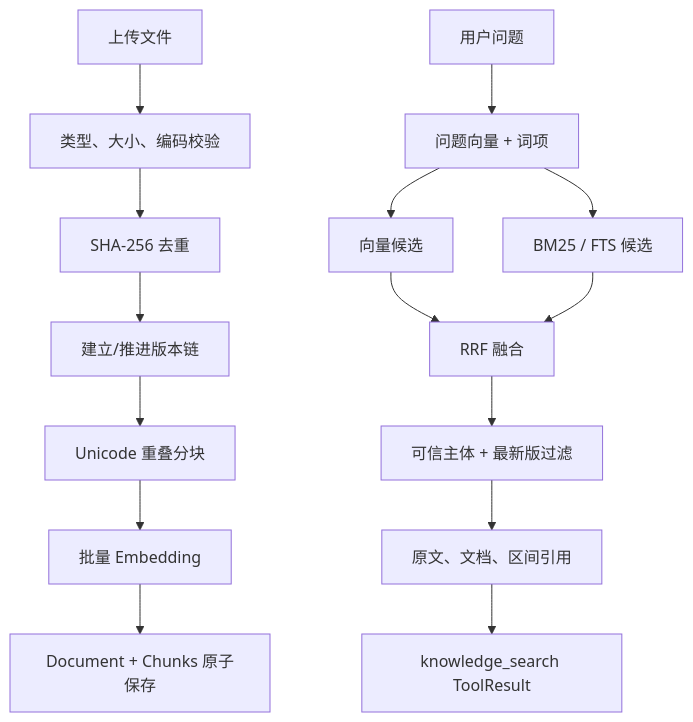
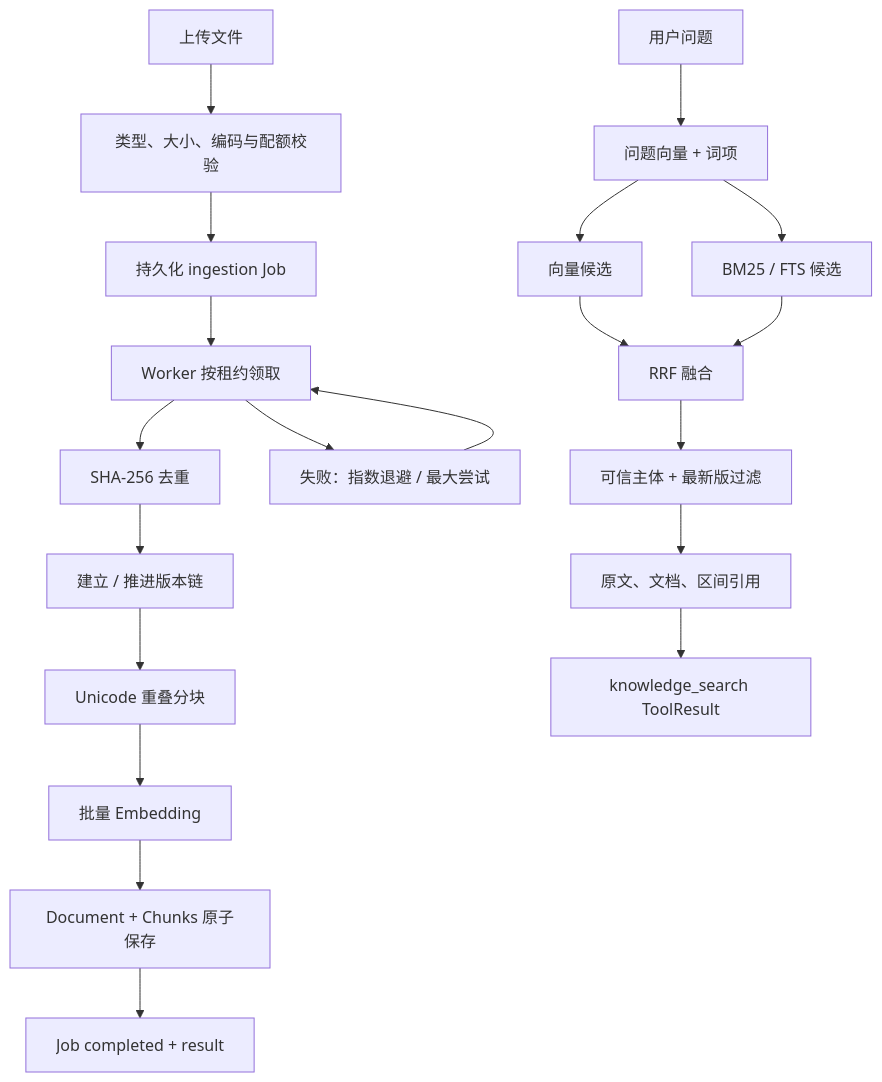
Before and after one commit to zora-DD/zora: the fourth of 12 diagrams in docs/project-analysis.md, drawn with Mermaid. The commit also changed other lines of this file, not shown here.

````diff
--- a/docs/project-analysis.md
+++ b/docs/project-analysis.md
@@ -456,17 +558,22 @@
 ```mermaid
 flowchart TD
-    Upload["上传文件"] --> Validate["类型、大小、编码校验"]
-    Validate --> Hash["SHA-256 去重"]
-    Hash --> Version["建立/推进版本链"]
+    Upload["上传文件"] --> Preflight["类型、大小、编码与配额校验"]
+    Preflight --> Enqueue["持久化 ingestion Job"]
+    Enqueue --> Claim["Worker 按租约领取"]
+    Claim --> Hash["SHA-256 去重"]
+    Hash --> Version["建立 / 推进版本链"]
     Version --> Chunk["Unicode 重叠分块"]
     Chunk --> Embed["批量 Embedding"]
     Embed --> Persist["Document + Chunks 原子保存"]
+    Persist --> Complete["Job completed + result"]
+    Claim --> Retry["失败：指数退避 / 最大尝试"]
+    Retry --> Claim
     Query["用户问题"] --> QueryEmbed["问题向量 + 词项"]
     QueryEmbed --> Vector["向量候选"]
     QueryEmbed --> Keyword["BM25 / FTS 候选"]
     Vector --> RRF["RRF 融合"]
     Keyword --> RRF
     RRF --> ACL["可信主体 + 最新版过滤"]
     ACL --> Evidence["原文、文档、区间引用"]
     Evidence --> Agent["knowledge_search ToolResult"]
 ```
````
